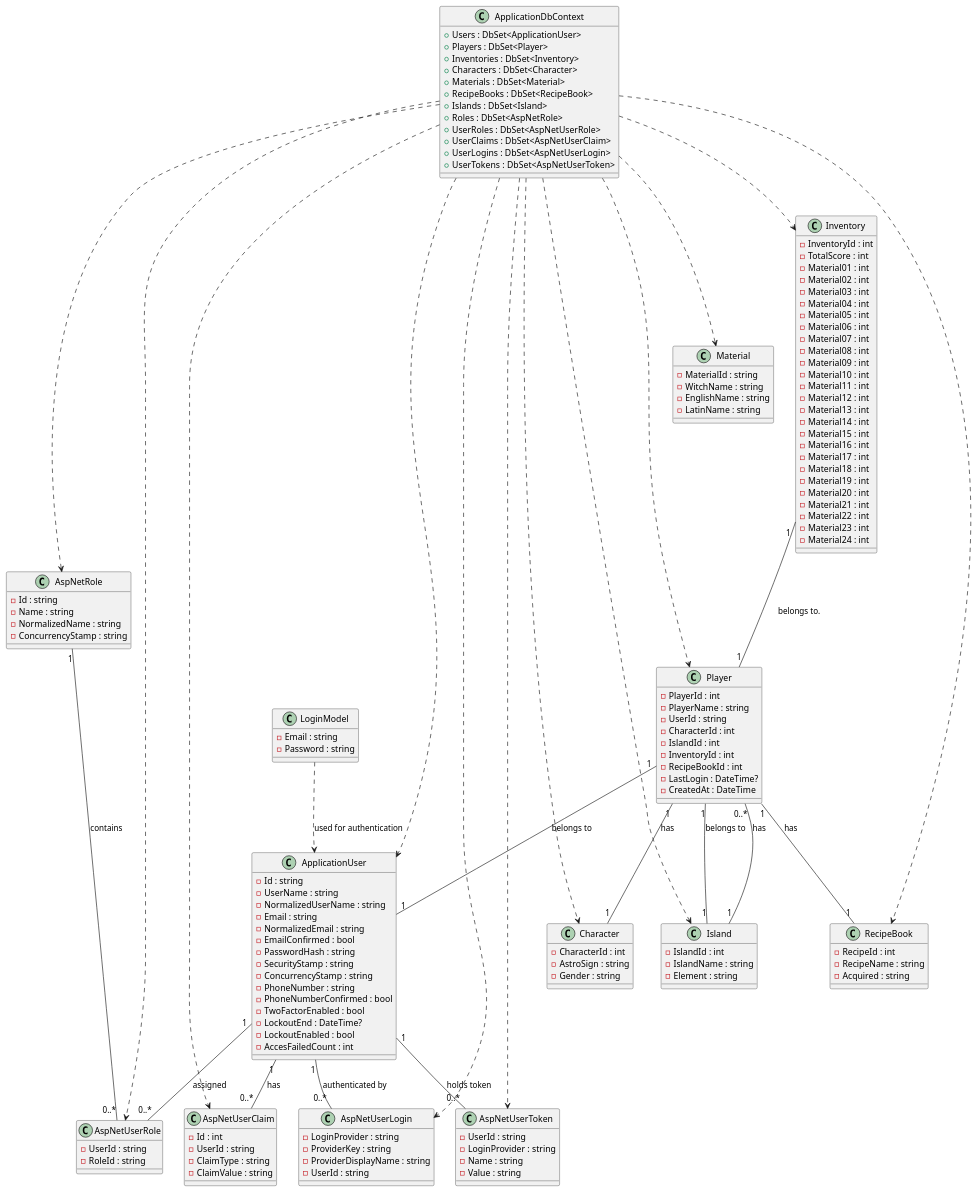
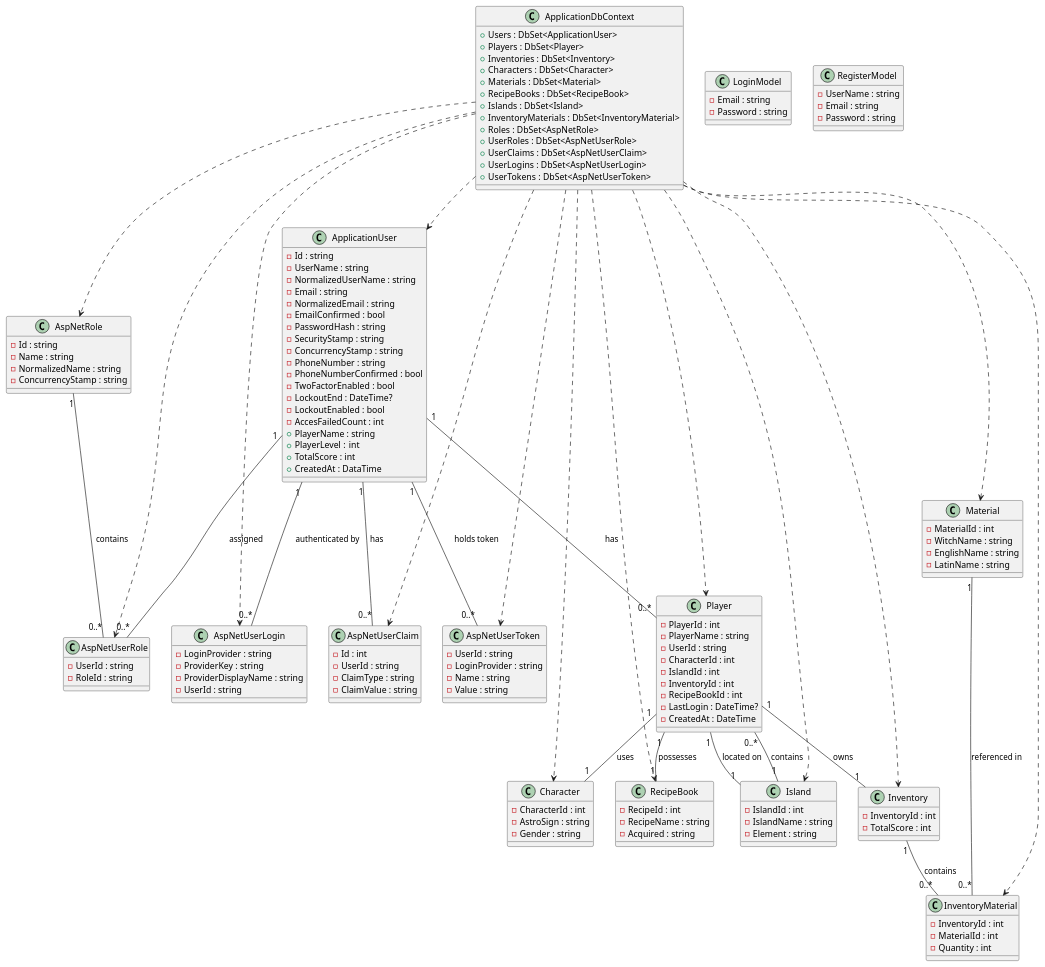
The diagram in UML Diagrams/domain-model.puml (PBB2020/AstroWheelAPI), drawn with PlantUML before and after one commit. The commit also changed 11 other files, not shown here.

Commit message:
ApplicationDbContext.cs, Controllers, Migrations_InventoryMaterial_kapcsolótábla

```diff
--- a/UML Diagrams/domain-model.puml
+++ b/UML Diagrams/domain-model.puml
@@ -1,198 +1,180 @@
 @startuml
 
 ' ---------------------------
 ' Alapos osztályok definiálása
 ' ---------------------------
 
 class ApplicationUser {
 	- Id : string
 	- UserName : string
 	- NormalizedUserName : string
 	- Email : string
 	- NormalizedEmail : string
 	- EmailConfirmed : bool
 	- PasswordHash : string
 	- SecurityStamp : string
 	- ConcurrencyStamp : string
 	- PhoneNumber : string
 	- PhoneNumberConfirmed : bool
 	- TwoFactorEnabled : bool
 	- LockoutEnd : DateTime?
 	- LockoutEnabled : bool
 	- AccesFailedCount : int
+	+ PlayerName : string
+	+ PlayerLevel :	int
+	+ TotalScore : int
+	+ CreatedAt : DataTime
 }
 
 class AspNetRole {
   - Id : string
   - Name : string
   - NormalizedName : string
   - ConcurrencyStamp : string
 }
 
 class AspNetUserRole {
   - UserId : string
   - RoleId : string
 }
 
 class AspNetUserClaim {
   - Id : int
   - UserId : string
   - ClaimType : string
   - ClaimValue : string
 }
 
 class AspNetUserLogin {
   - LoginProvider : string
   - ProviderKey : string
   - ProviderDisplayName : string
   - UserId : string
 }
 
 class AspNetUserToken {
   - UserId : string
   - LoginProvider : string
   - Name : string
   - Value : string
 }
 
 class LoginModel {
   - Email : string
   - Password : string
 }
 
+class RegisterModel {
+    - UserName : string
+    - Email : string
+    - Password : string
+}
+
 ' ---------------------------
 ' Egyéb osztályok
 ' ---------------------------
 
 class Character {
   - CharacterId : int
   - AstroSign : string
   - Gender : string
 }
 
 class Inventory {
   - InventoryId : int
   - TotalScore : int
-  - Material01 : int
-  - Material02 : int
-  - Material03 : int
-  - Material04 : int
-  - Material05 : int
-  - Material06 : int
-  - Material07 : int
-  - Material08 : int
-  - Material09 : int
-  - Material10 : int
-  - Material11 : int
-  - Material12 : int
-  - Material13 : int
-  - Material14 : int
-  - Material15 : int
-  - Material16 : int
-  - Material17 : int
-  - Material18 : int
-  - Material19 : int
-  - Material20 : int
-  - Material21 : int
-  - Material22 : int
-  - Material23 : int
-  - Material24 : int
+}
+
+class InventoryMaterial {
+  - InventoryId : int
+  - MaterialId : int
+  - Quantity : int
 }
 
 class Island {
   - IslandId : int
   - IslandName : string
   - Element : string
 }
 
 class Material {
-  - MaterialId : string
+  - MaterialId : int
   - WitchName : string
   - EnglishName : string
   - LatinName : string
 }
 
 class Player {
   - PlayerId : int
   - PlayerName : string
   - UserId : string
   - CharacterId : int
   - IslandId : int
   - InventoryId : int
   - RecipeBookId : int
   - LastLogin : DateTime?
   - CreatedAt : DateTime
 }
 
 class RecipeBook {
   - RecipeId : int
   - RecipeName : string
   - Acquired : string
 }
 
 ' ---------------------------
 ' Kapcsolatok beállítása
 ' ---------------------------
 
-' Inventory "belongs to" Player (a PlayerId alapján)
-Inventory "1" -- "1" Player : belongs to.
-
-' Island-nek több Player-je van
-Island "1" -- "0..*" Player : has
-
-' Player kapcsolódik az ApplicationUser-hez
-Player "1" -- "1" ApplicationUser : belongs to
-
-' Player rendelkezik egy Character-rel
-Player "1" -- "1" Character : has
-
-' Player rendelkezik egy RecipeBook-kal
-Player "1" -- "1" RecipeBook : has
-
-' (Már jelöltük az Island kapcsolatot a Player-rel, ezért ezt opcionálisan is meg lehet jelölni)
-Player "1" -- "1" Island : belongs to
+ApplicationUser "1" -- "0..*" Player : has
+Player "1" -- "1" Character : uses
+Player "1" -- "1" Island : located on
+Player "1" -- "1" Inventory : owns
+Player "1" -- "1" RecipeBook : possesses
+Island "1" -- "0..*" Player : contains
+Inventory "1" -- "0..*" InventoryMaterial : contains
+Material "1" -- "0..*" InventoryMaterial : referenced in
 
 ' ASP.NET Identity kapcsolatok
 ApplicationUser "1" -- "0..*" AspNetUserRole : assigned
 AspNetRole "1" -- "0..*" AspNetUserRole : contains
 ApplicationUser "1" -- "0..*" AspNetUserClaim : has
 ApplicationUser "1" -- "0..*" AspNetUserLogin : authenticated by
 ApplicationUser "1" -- "0..*" AspNetUserToken : holds token
-
-' LoginModel az API-ban csak egy adatszerkezet
-LoginModel ..> ApplicationUser : "used for authentication"
 
 ' ---------------------------
 ' ApplicationDbContext osztály (DbSet-ekkel)
 ' ---------------------------
 
 class ApplicationDbContext {
   + Users : DbSet<ApplicationUser>
   + Players : DbSet<Player>
   + Inventories : DbSet<Inventory>
   + Characters : DbSet<Character>
   + Materials : DbSet<Material>
   + RecipeBooks : DbSet<RecipeBook>
   + Islands : DbSet<Island>
+  + InventoryMaterials : DbSet<InventoryMaterial>
   + Roles : DbSet<AspNetRole>
   + UserRoles : DbSet<AspNetUserRole>
   + UserClaims : DbSet<AspNetUserClaim>
   + UserLogins : DbSet<AspNetUserLogin>
   + UserTokens : DbSet<AspNetUserToken>
 }
 
 ' A context "has" a domain entitásokat (lágy függőségek)
 ApplicationDbContext ..> ApplicationUser
 ApplicationDbContext ..> Player
 ApplicationDbContext ..> Inventory
+ApplicationDbContext ..> InventoryMaterial
 ApplicationDbContext ..> Character
 ApplicationDbContext ..> Material
 ApplicationDbContext ..> RecipeBook
 ApplicationDbContext ..> Island
 ApplicationDbContext ..> AspNetRole
 ApplicationDbContext ..> AspNetUserRole
 ApplicationDbContext ..> AspNetUserClaim
 ApplicationDbContext ..> AspNetUserLogin
 ApplicationDbContext ..> AspNetUserToken
 
 @enduml
```
